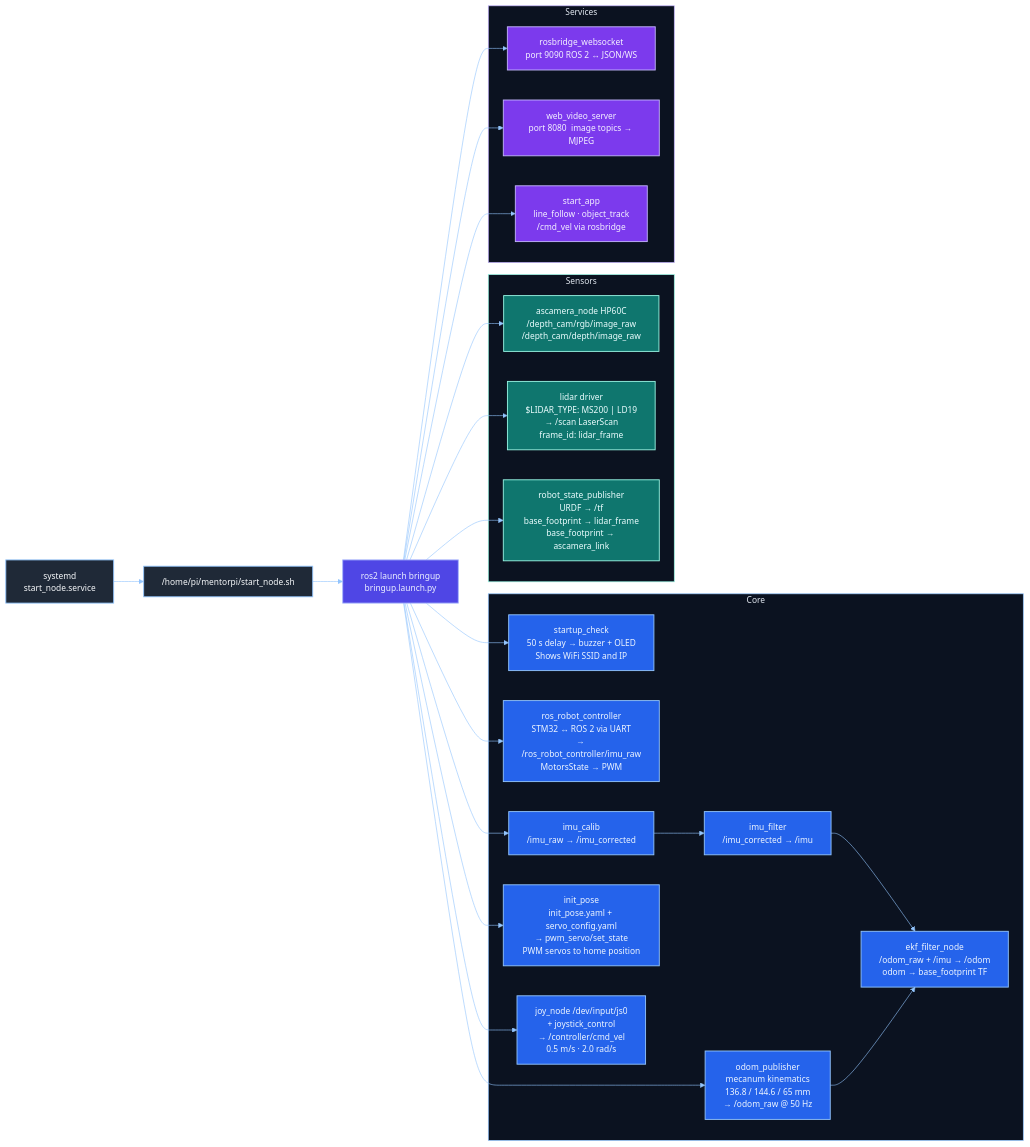
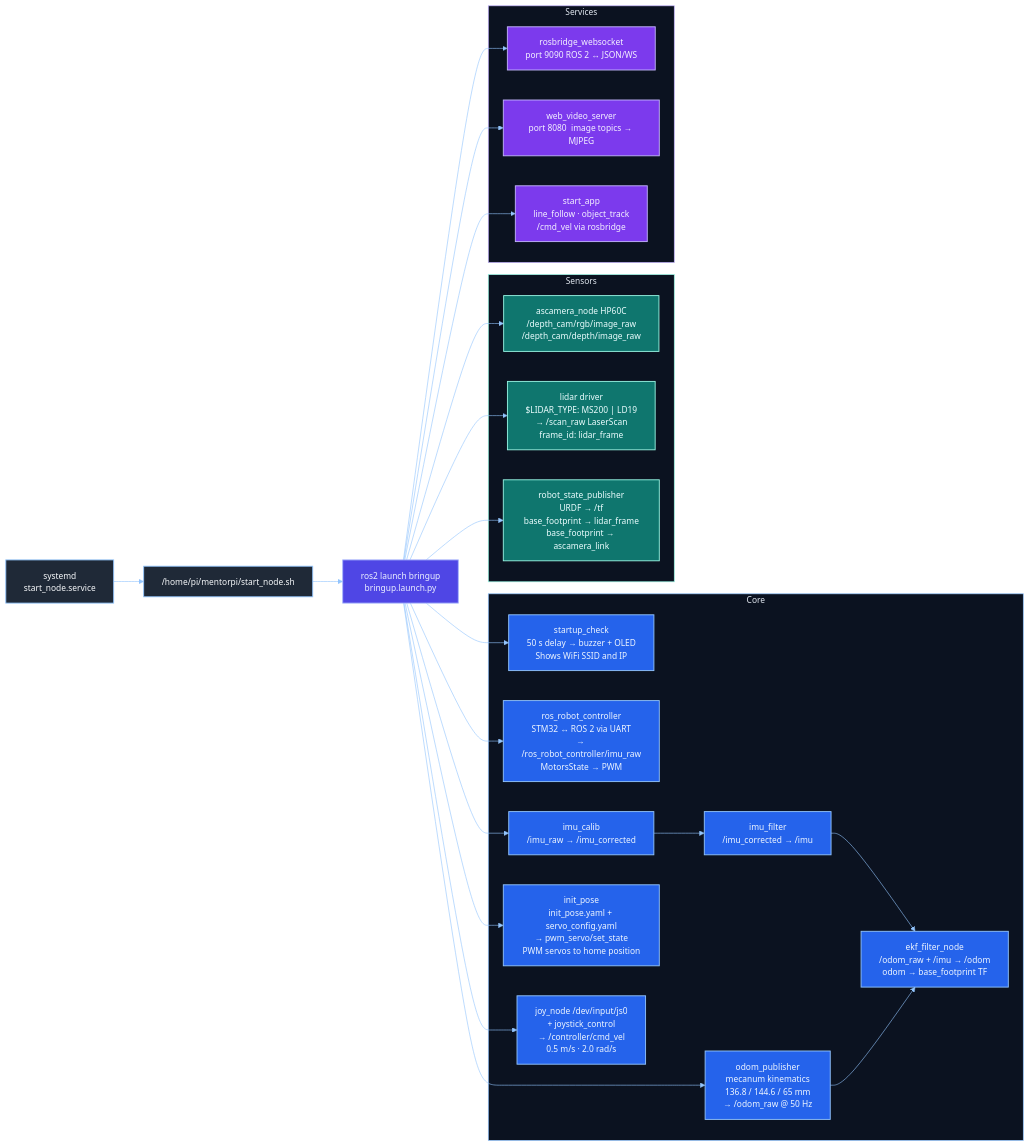
One commit to lexmaister/mentorpi_ws changed the diagram in docs/bringup-reference.md. Above: the diagram before and after it, drawn with Mermaid. The commit also changed other lines of this file and 1 other file, not shown here.

Commit message:
Document MentorPi M1 lidar topic

````diff
--- a/docs/bringup-reference.md
+++ b/docs/bringup-reference.md
@@ -34,79 +34,79 @@
 ```mermaid
 %%{init: {'theme': 'base', 'themeVariables': {
   'primaryColor': '#1e293b',
   'primaryTextColor': '#e2e8f0',
   'primaryBorderColor': '#7dd3fc',
   'lineColor': '#93c5fd',
   'secondaryColor': '#0f172a',
   'tertiaryColor': '#111827',
   'background': '#020817',
   'mainBkg': '#0f172a',
   'nodeBorder': '#7dd3fc',
   'clusterBkg': '#0f172a',
   'clusterBorder': '#93c5fd',
   'textColor': '#e2e8f0',
   'fontFamily': 'Arial',
   'fontSize': '14px'
 }}}%%
 flowchart LR
   classDef entry fill:#1f2937,stroke:#93c5fd,color:#f8fafc,stroke-width:1.5px;
   classDef launcher fill:#4f46e5,stroke:#a5b4fc,color:#eef2ff,stroke-width:1.5px;
   classDef core fill:#2563eb,stroke:#93c5fd,color:#eff6ff,stroke-width:1.5px;
   classDef sensor fill:#0f766e,stroke:#99f6e4,color:#ecfeff,stroke-width:1.5px;
   classDef service fill:#7c3aed,stroke:#c4b5fd,color:#f5f3ff,stroke-width:1.5px;
 
   A["systemd\nstart_node.service"]
   B["/home/pi/mentorpi/start_node.sh"]
   C["ros2 launch bringup\nbringup.launch.py"]
 
   A --> B --> C
 
   subgraph Core
     D["startup_check\n50 s delay → buzzer + OLED\nShows WiFi SSID and IP"]
     E["ros_robot_controller\nSTM32 ↔ ROS 2 via UART\n→ /ros_robot_controller/imu_raw\nMotorsState → PWM"]
     F["odom_publisher\nmecanum kinematics\n136.8 / 144.6 / 65 mm\n→ /odom_raw @ 50 Hz"]
     G1["imu_calib\n/imu_raw → /imu_corrected"]
     G2["imu_filter\n/imu_corrected → /imu"]
     G["ekf_filter_node\n/odom_raw + /imu → /odom\nodom → base_footprint TF"]
     H["init_pose\ninit_pose.yaml + servo_config.yaml\n→ pwm_servo/set_state\nPWM servos to home position"]
     I["joy_node  /dev/input/js0\n+ joystick_control\n→ /controller/cmd_vel\n0.5 m/s · 2.0 rad/s"]
   end
 
   subgraph Sensors
     J["ascamera_node  HP60C\n/depth_cam/rgb/image_raw\n/depth_cam/depth/image_raw"]
-    K["lidar driver\n$LIDAR_TYPE: MS200 | LD19\n→ /scan  LaserScan\nframe_id: lidar_frame"]
+    K["lidar driver\n$LIDAR_TYPE: MS200 | LD19\n→ /scan_raw  LaserScan\nframe_id: lidar_frame"]
     L["robot_state_publisher\nURDF → /tf\nbase_footprint → lidar_frame\nbase_footprint → ascamera_link"]
   end
 
   subgraph Services
     M["rosbridge_websocket\nport 9090  ROS 2 ↔ JSON/WS"]
     N["web_video_server\nport 8080  image topics → MJPEG"]
     O["start_app\nline_follow · object_track\n/cmd_vel via rosbridge"]
   end
 
   C --> D
   C --> E
   C --> F
   C --> G1
   G1 --> G2
   G2 --> G
   F --> G
   C --> H
   C --> I
   C --> J
   C --> K
   C --> L
   C --> M
   C --> N
   C --> O
 
   class A,B entry;
   class C launcher;
   class D,E,F,G1,G2,G,H,I core;
   class J,K,L sensor;
   class M,N,O service;
 
   style Core fill:#0b1220,stroke:#93c5fd,stroke-width:1.2px,color:#e2e8f0;
   style Sensors fill:#0b1220,stroke:#99f6e4,stroke-width:1.2px,color:#e2e8f0;
   style Services fill:#0b1220,stroke:#c4b5fd,stroke-width:1.2px,color:#e2e8f0;
 ```
````
